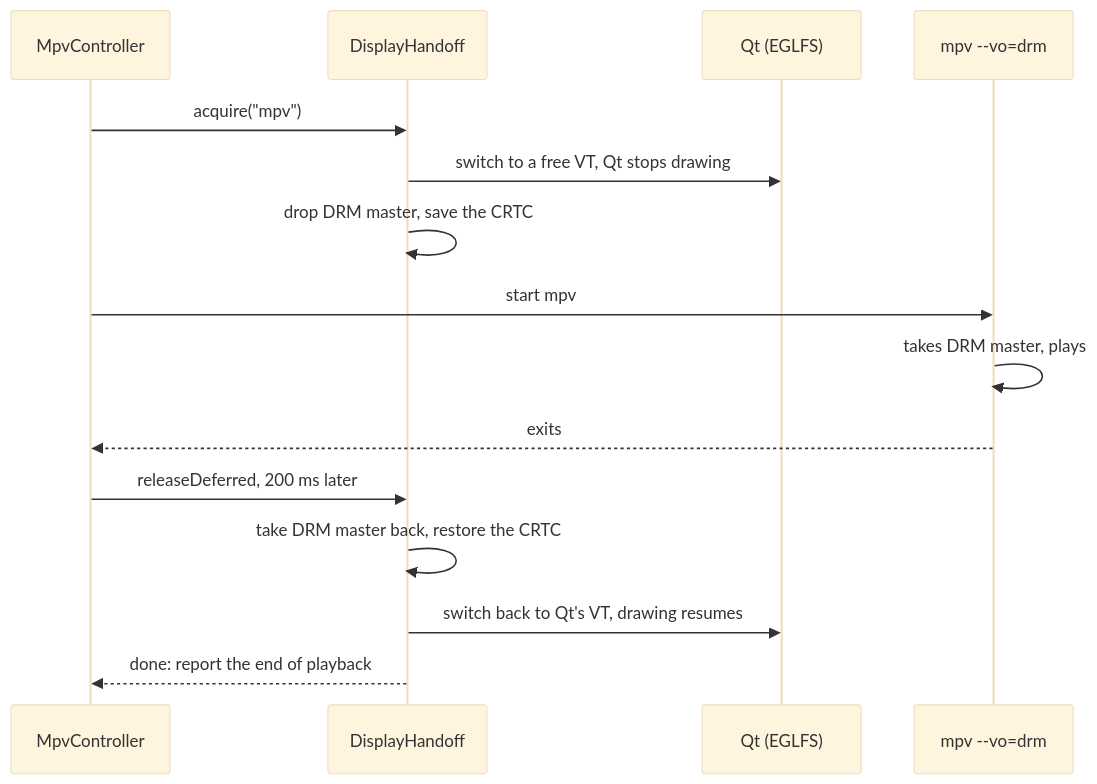
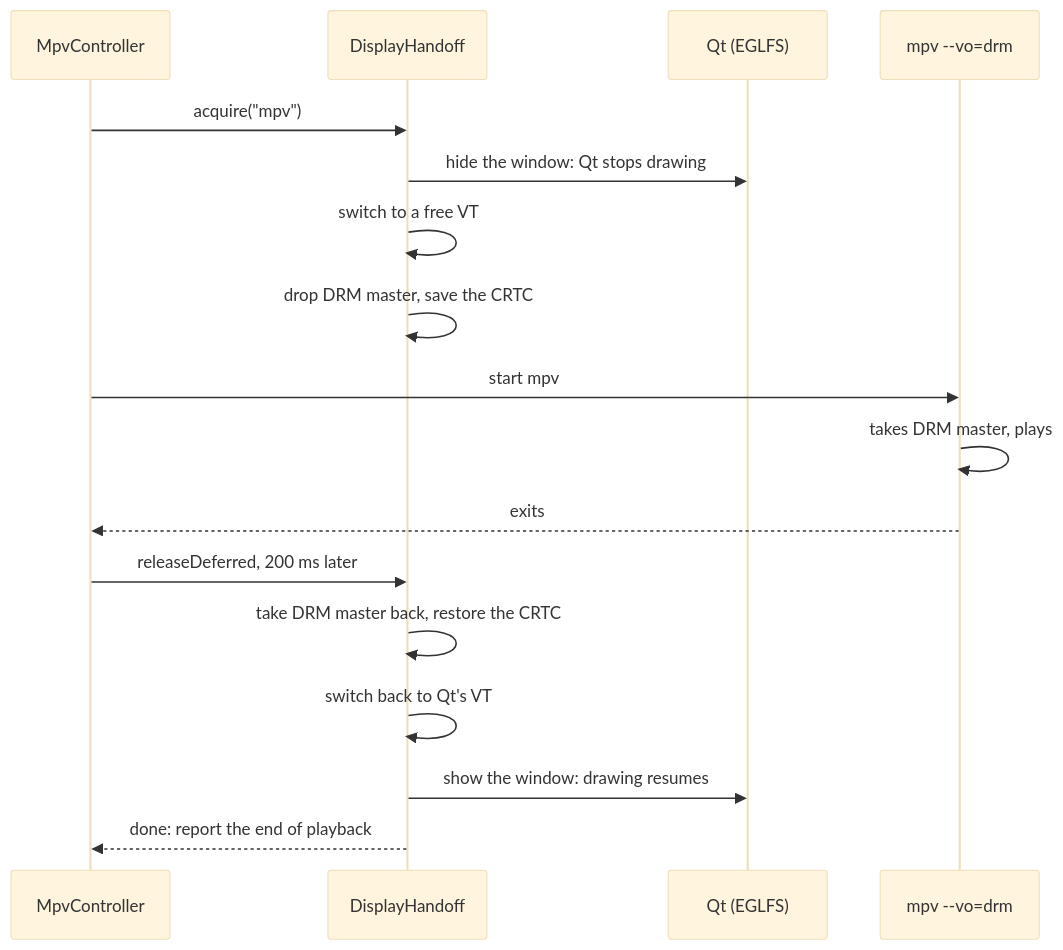
Before and after one commit to mehmetraif/OSD-OS: the fourth of 7 diagrams in docs/wiki/How-It-Works.md, drawn with Mermaid (base theme). The commit also changed other lines of this file and 6 other files, not shown here.

````diff
--- a/docs/wiki/How-It-Works.md
+++ b/docs/wiki/How-It-Works.md
@@ -246,17 +246,19 @@
 ```mermaid
 sequenceDiagram
     participant P as MpvController
     participant H as DisplayHandoff
     participant Q as Qt (EGLFS)
     participant C as mpv --vo=drm
     P->>H: acquire("mpv")
-    H->>Q: switch to a free VT, Qt stops drawing
+    H->>Q: hide the window: Qt stops drawing
+    H->>H: switch to a free VT
     H->>H: drop DRM master, save the CRTC
     P->>C: start mpv
     C->>C: takes DRM master, plays
     C-->>P: exits
     P->>H: releaseDeferred, 200 ms later
     H->>H: take DRM master back, restore the CRTC
-    H->>Q: switch back to Qt's VT, drawing resumes
+    H->>H: switch back to Qt's VT
+    H->>Q: show the window: drawing resumes
     H-->>P: done: report the end of playback
 ```
````
